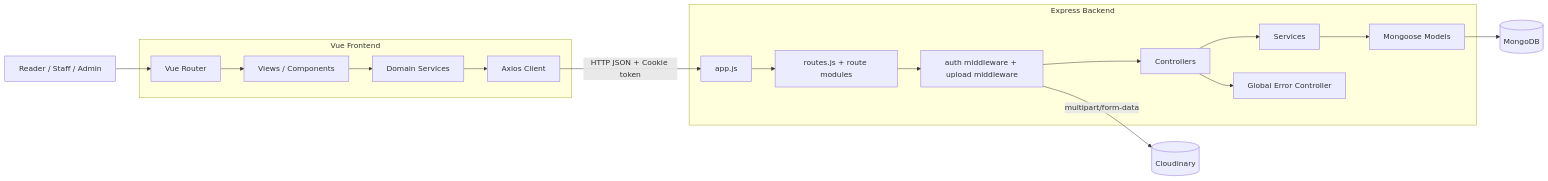
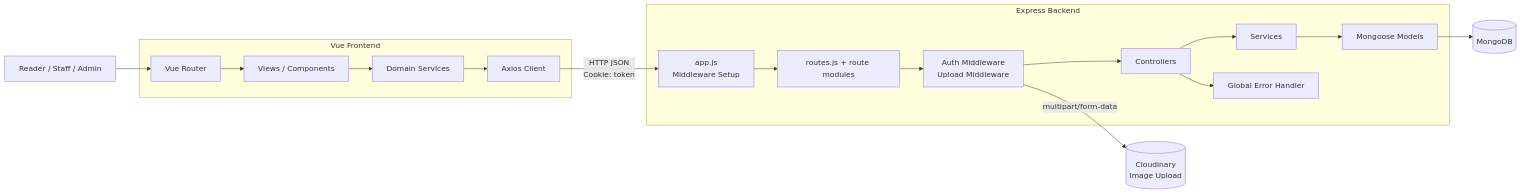
One commit to shrimpTVN/E-Lib changed the second of 2 diagrams in E-Lib_BackEnd/ARCHITECTURE_CONTEXT.md. Above: the diagram before and after it, drawn with Mermaid. The commit also changed other lines of this file and 22 other files, not shown here.

````diff
--- a/E-Lib_BackEnd/ARCHITECTURE_CONTEXT.md
+++ b/E-Lib_BackEnd/ARCHITECTURE_CONTEXT.md
@@ -126,30 +184,30 @@
 ```mermaid
 flowchart LR
         U[Reader / Staff / Admin]
 
         subgraph FE[Vue Frontend]
                 R[Vue Router]
                 V[Views / Components]
                 SVC[Domain Services]
                 AX[Axios Client]
         end
 
         subgraph BE[Express Backend]
-                APP[app.js]
+                APP[app.js<br/>Middleware Setup]
                 RT[routes.js + route modules]
-                MW[auth middleware + upload middleware]
+                MW[Auth Middleware<br/>Upload Middleware]
                 CTL[Controllers]
                 SRV[Services]
                 MDL[Mongoose Models]
-                ERR[Global Error Controller]
+                ERR[Global Error Handler]
         end
 
         DB[(MongoDB)]
-        CLD[(Cloudinary)]
+        CLD[(Cloudinary<br/>Image Upload)]
 
         U --> R --> V --> SVC --> AX
-        AX -->|HTTP JSON + Cookie token| APP
+        AX -->|HTTP JSON<br/>Cookie: token| APP
         APP --> RT --> MW --> CTL --> SRV --> MDL --> DB
         CTL --> ERR
         MW -->|multipart/form-data| CLD
 ```
````
